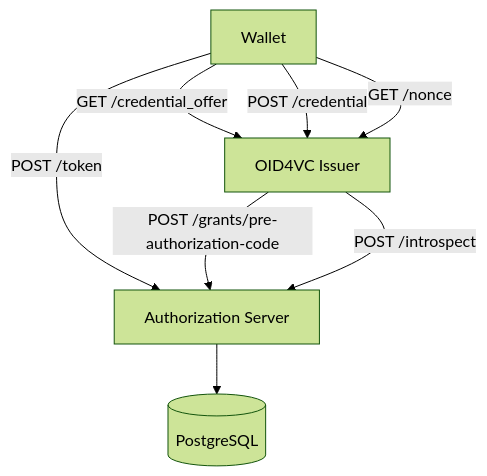
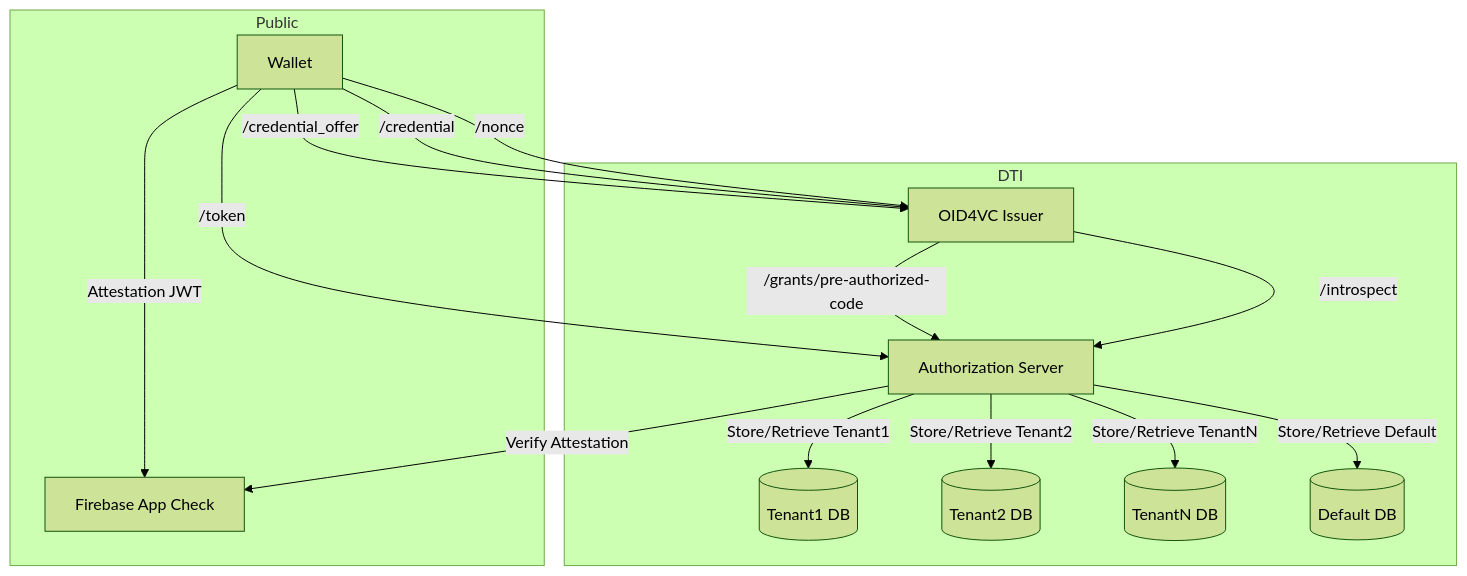
Before and after one commit to weiiv/di-auth-server: the first of 8 diagrams in README.md, drawn with Mermaid (forest theme). The commit also changed other lines of this file and 2 other files, not shown here.

````diff
--- a/README.md
+++ b/README.md
@@ -47,10 +111,30 @@
 ```mermaid
 graph TD
-  Wallet -->|GET /credential_offer| Issuer[OID4VC Issuer]
-  Wallet -->|POST /token| AuthServer[Authorization Server]
-  Wallet -->|POST /credential| Issuer
-  Wallet -->|GET /nonce| Issuer
-  Issuer -->|POST /grants/pre-authorization-code| AuthServer
-  Issuer -->|POST /introspect| AuthServer
-  AuthServer --> DB[(PostgreSQL)]
+    subgraph Public
+        Wallet[Wallet]
+        Firebase[Firebase App Check]
+    end
+
+    subgraph DTI
+        Issuer[OID4VC Issuer]
+        AuthServer[Authorization Server]
+        DB1[(Tenant1 DB)]
+        DB2[(Tenant2 DB)]
+        DBn[(TenantN DB)]
+        DBDefault[(Default DB)]
+    end
+
+    Wallet -->|/credential_offer| Issuer
+    Wallet -->|/token| AuthServer
+    Wallet -->|/credential| Issuer
+    Wallet -->|/nonce| Issuer
+    Wallet -->|Attestation JWT| Firebase
+
+    Issuer -->|/grants/pre-authorized-code| AuthServer
+    Issuer -->|/introspect| AuthServer
+    AuthServer -->|Verify Attestation| Firebase
+    AuthServer -->|Store/Retrieve Tenant1| DB1
+    AuthServer -->|Store/Retrieve Tenant2| DB2
+    AuthServer -->|Store/Retrieve TenantN| DBn
+    AuthServer -->|"Store/Retrieve Default"| DBDefault
 ```
````
